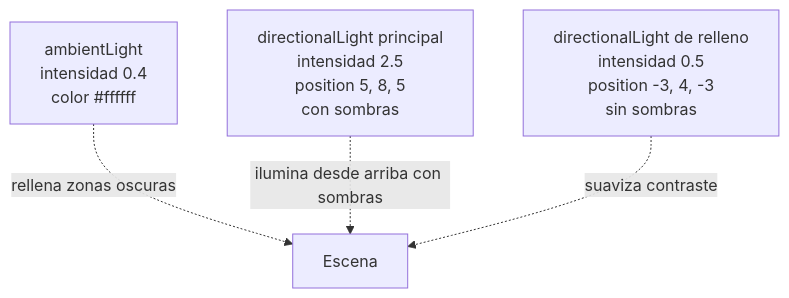
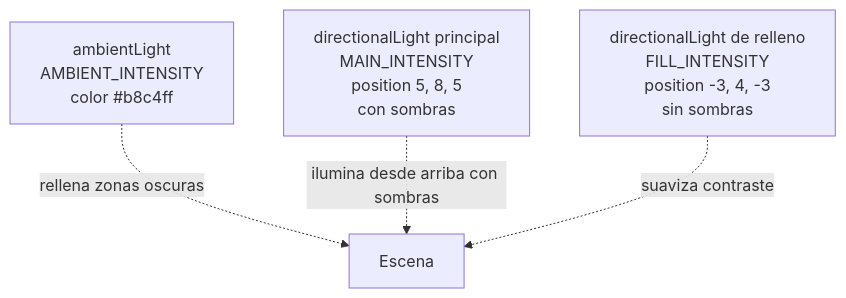
Before and after one commit to Palcojulian/portafolio: the first of 2 diagrams in docs/04-escena-3d/sistema-de-luces.md, drawn with Mermaid. The commit also changed other lines of this file and 6 other files, not shown here.

````diff
--- a/docs/04-escena-3d/sistema-de-luces.md
+++ b/docs/04-escena-3d/sistema-de-luces.md
@@ -51,10 +21,10 @@
 ```mermaid
 graph TB
-    A[ambientLight<br/>intensidad 0.4<br/>color #ffffff]
-    D1[directionalLight principal<br/>intensidad 2.5<br/>position 5, 8, 5<br/>con sombras]
-    D2[directionalLight de relleno<br/>intensidad 0.5<br/>position -3, 4, -3<br/>sin sombras]
+    A[ambientLight<br/>AMBIENT_INTENSITY<br/>color #b8c4ff]
+    D1[directionalLight principal<br/>MAIN_INTENSITY<br/>position 5, 8, 5<br/>con sombras]
+    D2[directionalLight de relleno<br/>FILL_INTENSITY<br/>position -3, 4, -3<br/>sin sombras]
 
     A -.rellena zonas oscuras.-> Escena
     D1 -.ilumina desde arriba con sombras.-> Escena
     D2 -.suaviza contraste.-> Escena
 ```
````
